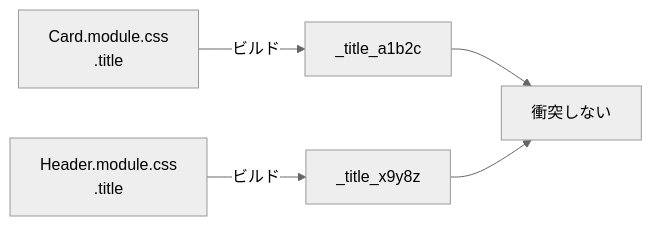
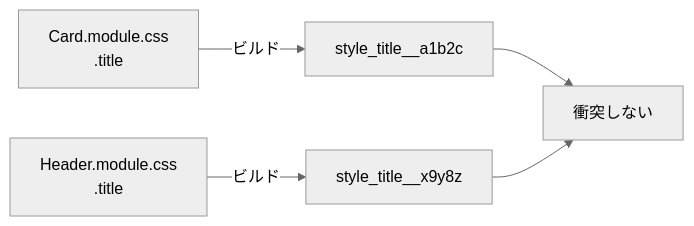
One commit to ozaki25/web-front-training-ozaki25 changed the second of 3 diagrams in docs/drafts/054/index.md. Above: the diagram before and after it, drawn with Mermaid (neutral theme). The commit also changed other lines of this file, not shown here.

Commit message:
CSS Modules のハッシュ例を style_ 始まりに修正
https://claude.ai/code/session_01VBuKGSzVmu6184hRMdwGoV

````diff
--- a/docs/drafts/054/index.md
+++ b/docs/drafts/054/index.md
@@ -185,7 +185,7 @@
 ```mermaid
 flowchart LR
-  A["Card.module.css\n.title"] -->|ビルド| A2["_title_a1b2c"]
-  B["Header.module.css\n.title"] -->|ビルド| B2["_title_x9y8z"]
+  A["Card.module.css\n.title"] -->|ビルド| A2["style_title__a1b2c"]
+  B["Header.module.css\n.title"] -->|ビルド| B2["style_title__x9y8z"]
   A2 --> P["衝突しない"]
   B2 --> P
 ```
````
